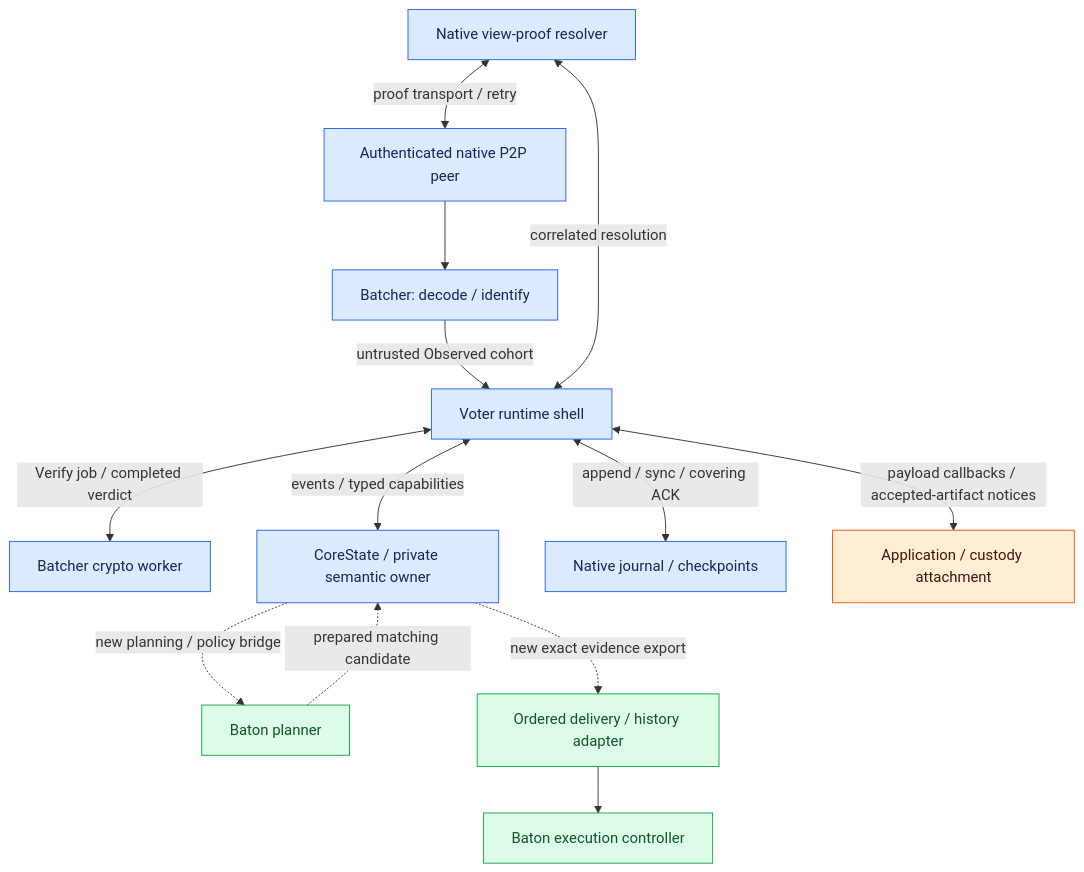
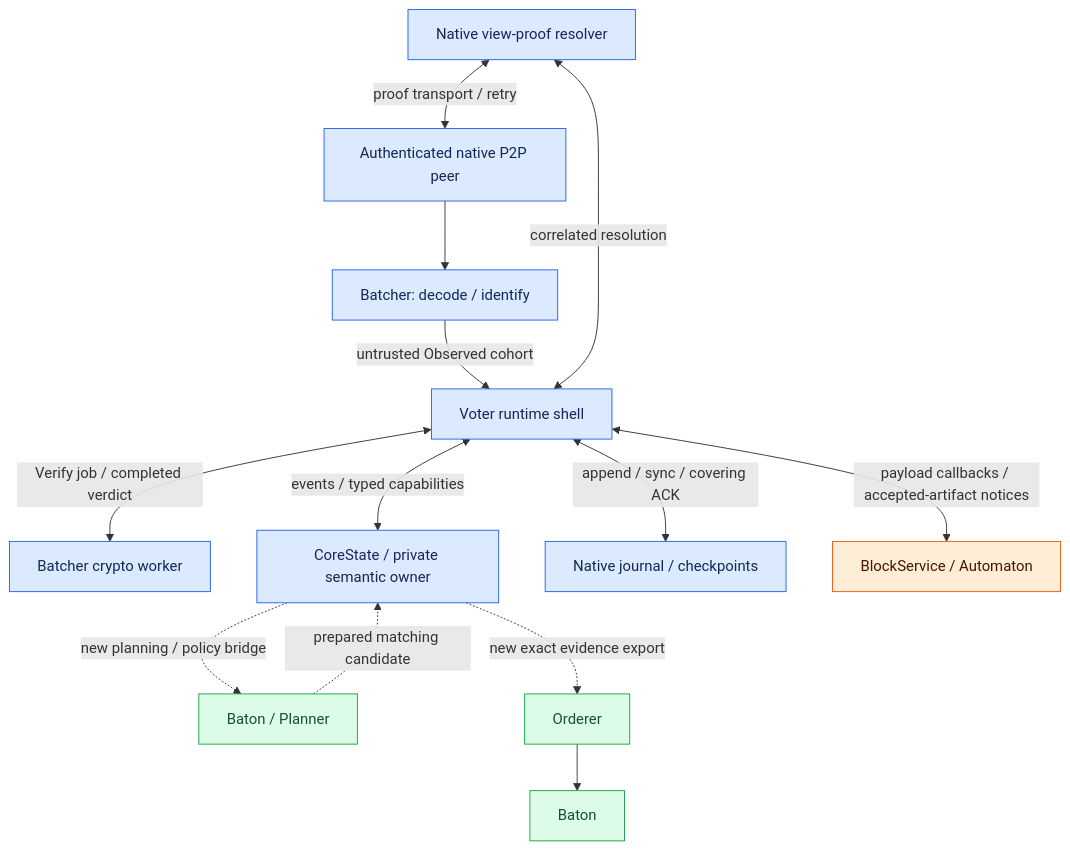
One commit to djm07073/baton-research changed diagram 16 of 18 in IMPLEMENTATION_SPEC.md. Above: the diagram before and after it, drawn with Mermaid. The commit also changed other lines of this file and 51 other files, not shown here.

````diff
--- a/IMPLEMENTATION_SPEC.md
+++ b/IMPLEMENTATION_SPEC.md
@@ -878,21 +1037,21 @@
 ```mermaid
 flowchart TB
     W[Authenticated native P2P peer] --> B[Batcher: decode / identify]
     B -->|untrusted Observed cohort| V[Voter runtime shell]
     V <-->|Verify job / completed verdict| K[Batcher crypto worker]
     R[Native view-proof resolver] <-->|proof transport / retry| W
     R <-->|correlated resolution| V
     V <-->|events / typed capabilities| C[CoreState / private semantic owner]
     V <-->|append / sync / covering ACK| J[Native journal / checkpoints]
-    V <-->|payload callbacks / accepted-artifact notices| A[Application / custody attachment]
-    C -. new planning / policy bridge .-> P[Baton planner]
+    V <-->|payload callbacks / accepted-artifact notices| A[BlockService / Automaton]
+    C -. new planning / policy bridge .-> P[Baton / Planner]
     P -. prepared matching candidate .-> C
-    C -. new exact evidence export .-> D[Ordered delivery / history adapter]
-    D --> E[Baton execution controller]
+    C -. new exact evidence export .-> D[Orderer]
+    D --> E[Baton]
     classDef reuse fill:#dbeafe,stroke:#2563eb,color:#172554;
     classDef adapt fill:#ffedd5,stroke:#ea580c,color:#431407;
     classDef fresh fill:#dcfce7,stroke:#16a34a,color:#14532d;
     class W,B,K,V,R,C,J reuse;
     class A adapt;
     class P,D,E fresh;
 ```
````
